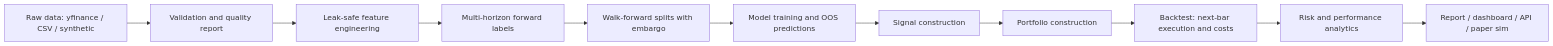
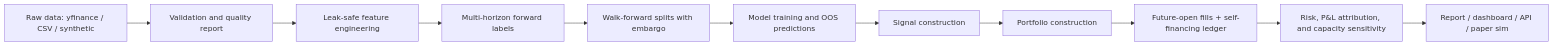
Before and after one commit to srgangaram-swe/AlphaForge: the diagram in README.md, drawn with Mermaid. The commit also changed other lines of this file and 51 other files, not shown here.

First line of the commit message:
Build self-financing temporal backtest engine

````diff
--- a/README.md
+++ b/README.md
@@ -32,13 +34,13 @@
 ```mermaid
 flowchart LR
     A[Raw data: yfinance / CSV / synthetic] --> B[Validation and quality report]
     B --> C[Leak-safe feature engineering]
     C --> D[Multi-horizon forward labels]
     D --> E[Walk-forward splits with embargo]
     E --> F[Model training and OOS predictions]
     F --> G[Signal construction]
     G --> H[Portfolio construction]
-    H --> I[Backtest: next-bar execution and costs]
-    I --> J[Risk and performance analytics]
+    H --> I[Future-open fills + self-financing ledger]
+    I --> J[Risk, P&L attribution, and capacity sensitivity]
     J --> K[Report / dashboard / API / paper sim]
 ```
````
